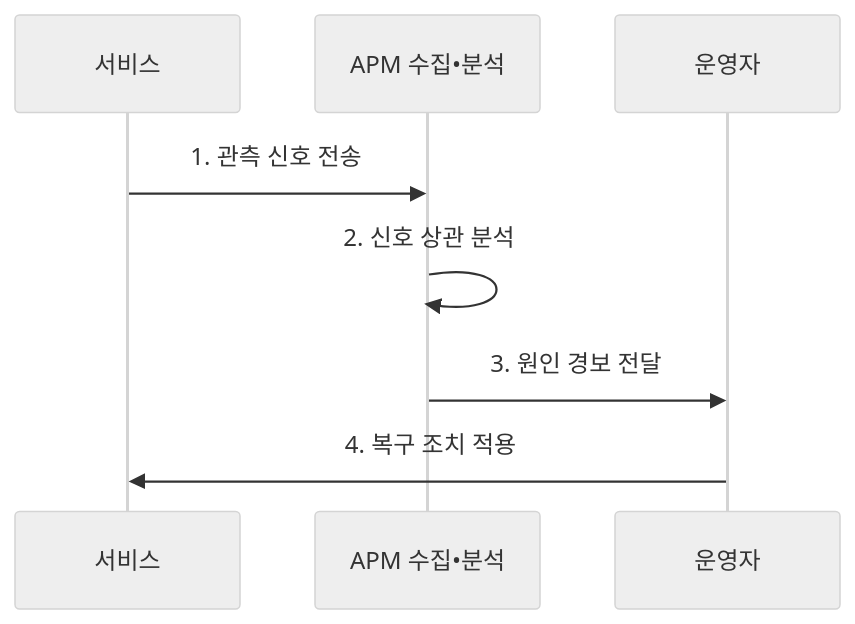
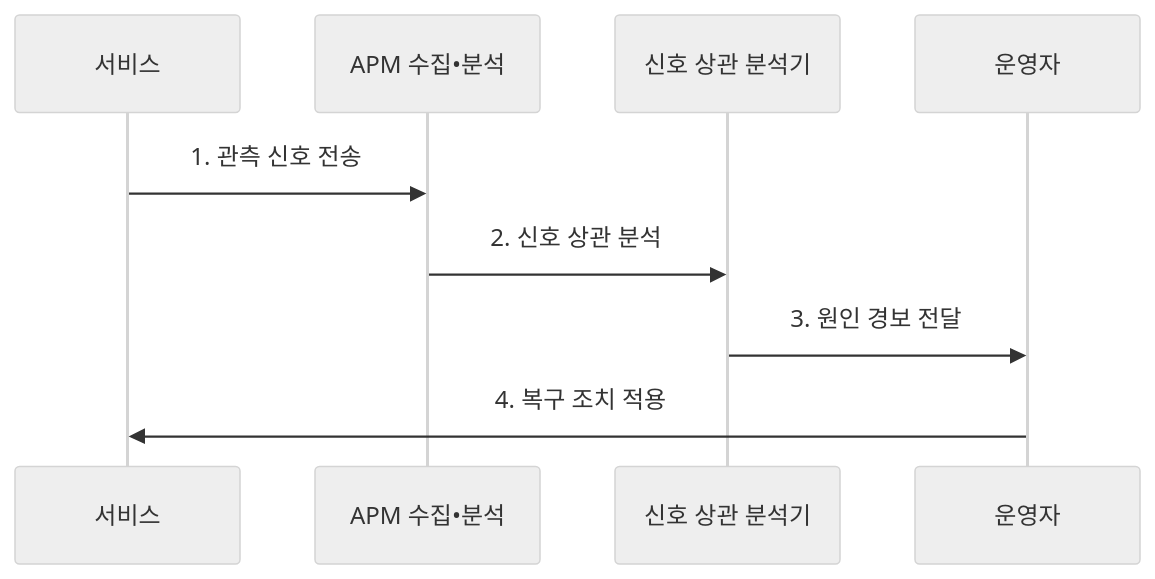
The second of 2 diagrams in src/content/docs/notes/03-software/223_application_performance_management.md (agnusdei1207/knowledge-base), drawn with Mermaid (neutral theme) before and after one commit. The commit also changed other lines of this file and 6 other files, not shown here.

````diff
--- a/src/content/docs/notes/03-software/223_application_performance_management.md
+++ b/src/content/docs/notes/03-software/223_application_performance_management.md
@@ -106,12 +106,13 @@
 ```mermaid
 sequenceDiagram
     participant S as 서비스
     participant A as APM 수집•분석
+    participant C as 신호 상관 분석기
     participant O as 운영자
     S->>A: 1. 관측 신호 전송
-    A->>A: 2. 신호 상관 분석
-    A->>O: 3. 원인 경보 전달
+    A->>C: 2. 신호 상관 분석
+    C->>O: 3. 원인 경보 전달
     O->>S: 4. 복구 조치 적용
 
 
 ```
````
